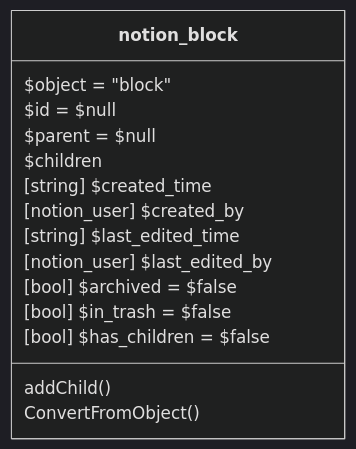
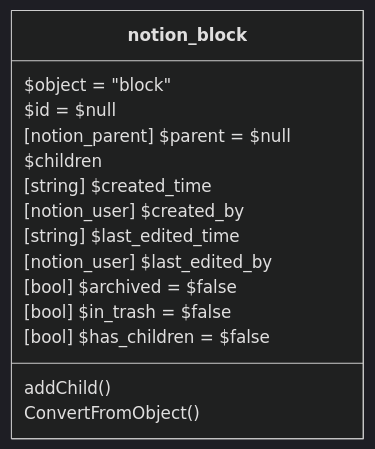
Before and after one commit to fasteiner/Notion: the first of 2 diagrams in source/WikiSource/Classes/Block/04_Block.md, drawn with Mermaid (dark theme). The commit also changed other lines of this file and 80 other files, not shown here.

````diff
--- a/source/WikiSource/Classes/Block/04_Block.md
+++ b/source/WikiSource/Classes/Block/04_Block.md
@@ -5,18 +5,18 @@
 ```mermaid
 classDiagram
     class notion_block {
         $object = "block"
         $id =  $null
-        $parent =  $null
+        [notion_parent] $parent =  $null
         $children
         [string] $created_time
         [notion_user] $created_by
         [string] $last_edited_time
         [notion_user] $last_edited_by
         [bool] $archived =  $false
         [bool] $in_trash =  $false
         [bool] $has_children =  $false
         addChild()
         ConvertFromObject()
     }   
 ```
````
